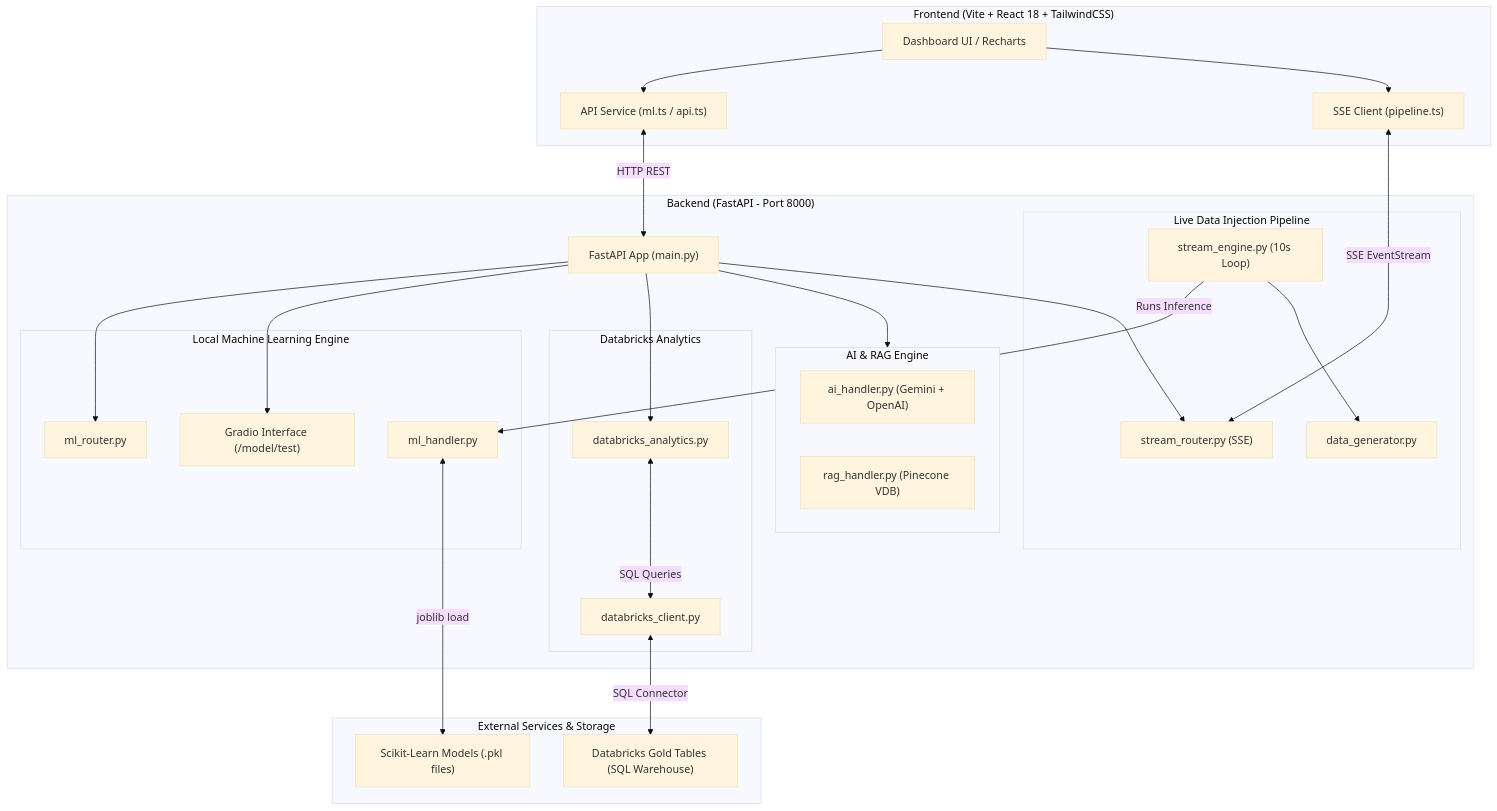
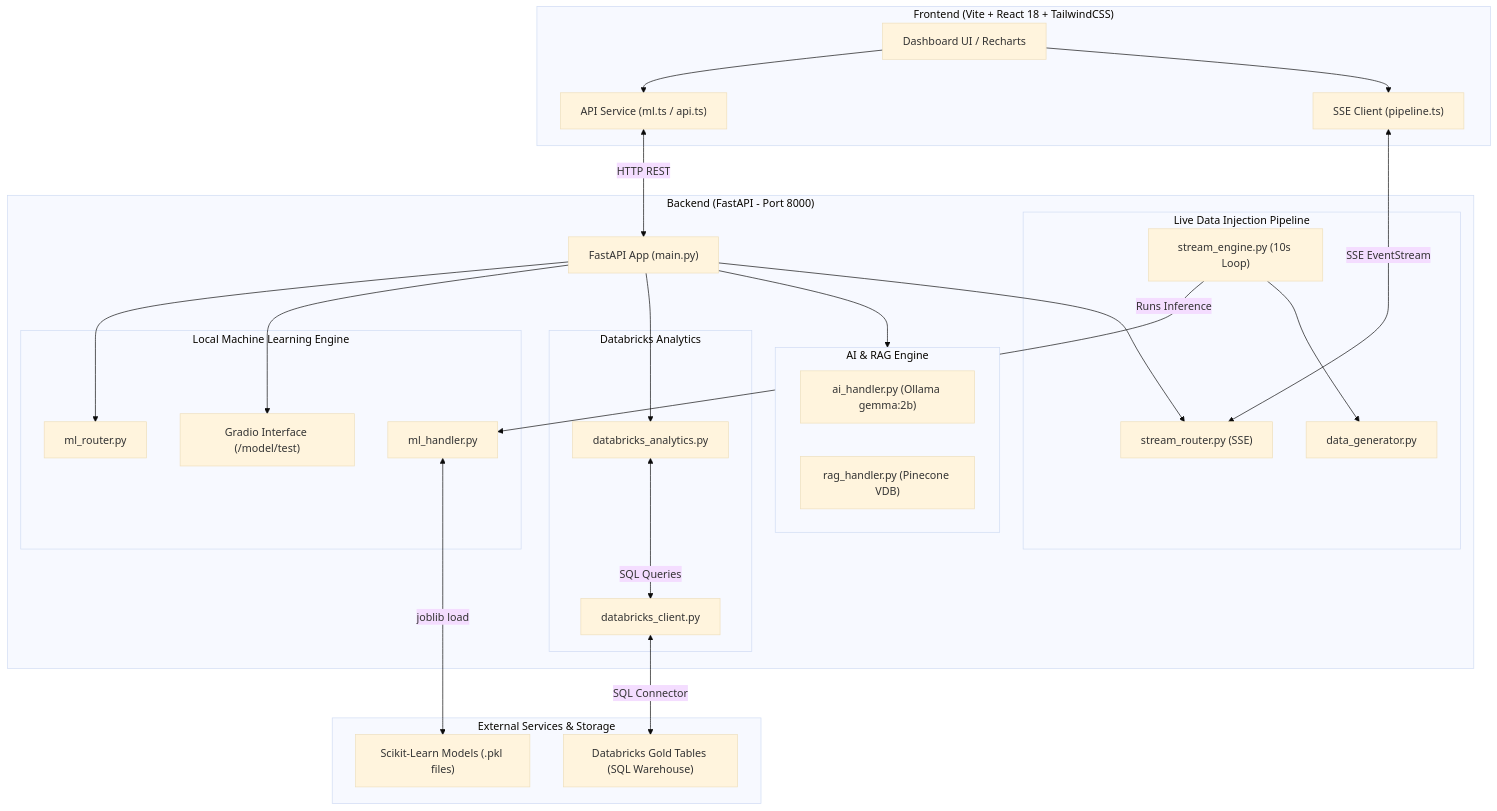
The diagram in README.md (Rishiraj-Pathak-27/RIMS), drawn with Mermaid (base theme) before and after one commit. The commit also changed other lines of this file and 12 other files, not shown here.

````diff
--- a/README.md
+++ b/README.md
@@ -22,55 +22,55 @@
 ```mermaid
 flowchart TB
     subgraph Frontend["Frontend (Vite + React 18 + TailwindCSS)"]
         UI["Dashboard UI / Recharts"]
         SSE_Client["SSE Client (pipeline.ts)"]
         API_Client["API Service (ml.ts / api.ts)"]
     end
 
     subgraph Backend["Backend (FastAPI - Port 8000)"]
         Router["FastAPI App (main.py)"]
         
         subgraph ML_Engine["Local Machine Learning Engine"]
             ML_Handler["ml_handler.py"]
             ML_Router["ml_router.py"]
             Gradio_App["Gradio Interface (/model/test)"]
         end
 
         subgraph Stream_Engine["Live Data Injection Pipeline"]
             DataGen["data_generator.py"]
             Engine["stream_engine.py (10s Loop)"]
             StreamRouter["stream_router.py (SSE)"]
         end
 
         subgraph Analytics_Engine["Databricks Analytics"]
             DB_Client["databricks_client.py"]
             DB_Analytics["databricks_analytics.py"]
         end
 
         subgraph AI_RAG["AI & RAG Engine"]
-            AI_Handler["ai_handler.py (Gemini + OpenAI)"]
+            AI_Handler["ai_handler.py (Ollama gemma:2b)"]
             RAG_Handler["rag_handler.py (Pinecone VDB)"]
         end
     end
 
     subgraph External["External Services & Storage"]
         Databricks["Databricks Gold Tables (SQL Warehouse)"]
         ML_Models["Scikit-Learn Models (.pkl files)"]
     end
 
     UI --> API_Client
     UI --> SSE_Client
     SSE_Client <-->|SSE EventStream| StreamRouter
     API_Client <-->|HTTP REST| Router
     Router --> ML_Router
     Router --> StreamRouter
     Router --> Gradio_App
     Router --> DB_Analytics
     Router --> AI_RAG
 
     ML_Handler <-->|joblib load| ML_Models
     Engine -->|Runs Inference| ML_Handler
     Engine --> DataGen
     DB_Analytics <-->|SQL Queries| DB_Client
     DB_Client <-->|SQL Connector| Databricks
 ```
````
